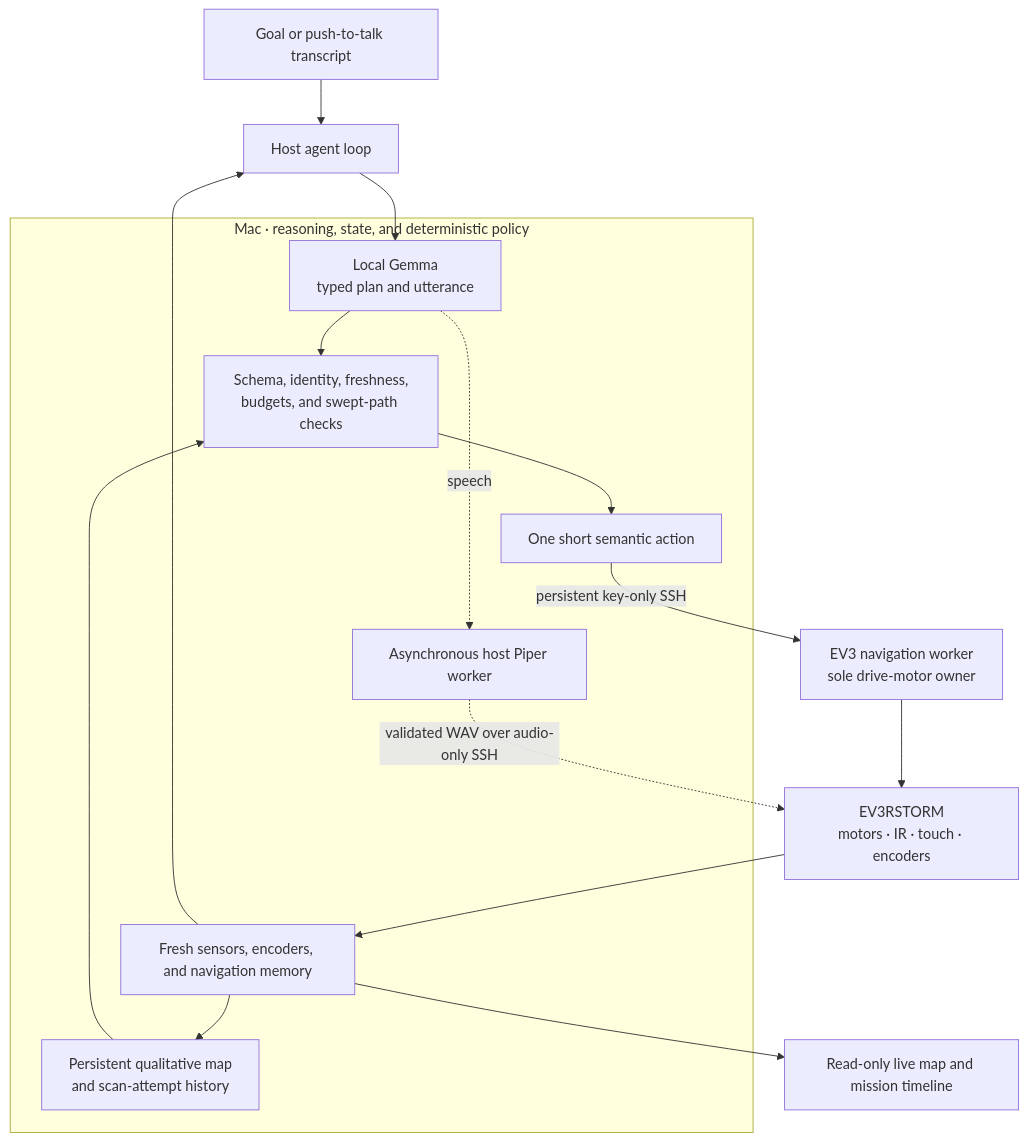
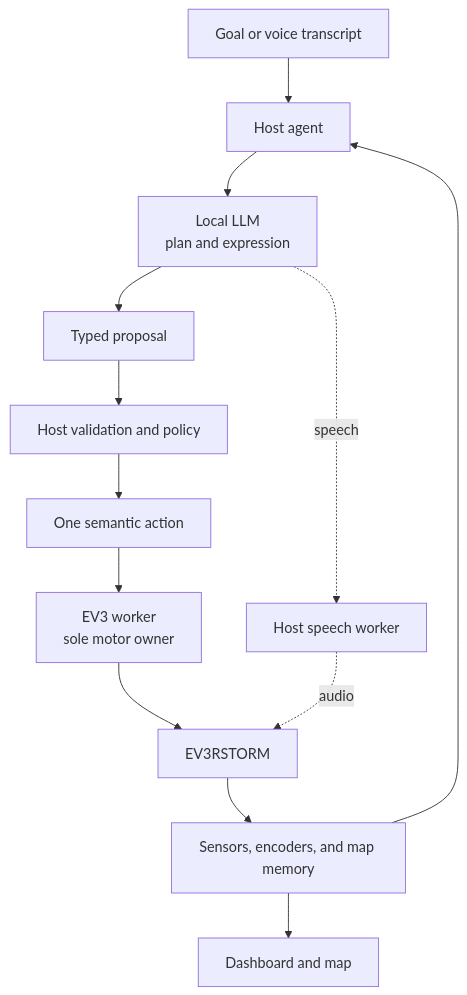
Before and after one commit to Jawbreaker1/robot-llm: the diagram in README.md, drawn with Mermaid. The commit also changed other lines of this file, not shown here.

````diff
--- a/README.md
+++ b/README.md
@@ -96,20 +75,15 @@
 ```mermaid
 flowchart TD
-    U["Goal or push-to-talk transcript"] --> A["Host agent loop"]
-    S["Fresh sensors, encoders, and navigation memory"] --> A
-    A --> L["Local Gemma<br/>typed plan and utterance"]
-
-    subgraph HOST["Mac · reasoning, state, and deterministic policy"]
-        L --> V["Schema, identity, freshness,<br/>budgets, and swept-path checks"]
-        V --> X["One short semantic action"]
-        S --> M["Persistent qualitative map<br/>and scan-attempt history"]
-        M --> V
-        L -. speech .-> T["Asynchronous host Piper worker"]
-    end
-
-    X -->|"persistent key-only SSH"| W["EV3 navigation worker<br/>sole drive-motor owner"]
-    W --> R["EV3RSTORM<br/>motors · IR · touch · encoders"]
+    U["Goal or voice transcript"] --> H["Host agent"]
+    S["Sensors, encoders, and map memory"] --> H
+    H --> L["Local LLM<br/>plan and expression"]
+    L --> V["Typed proposal"]
+    V --> P["Host validation and policy"]
+    P --> A["One semantic action"]
+    A --> W["EV3 worker<br/>sole motor owner"]
+    W --> R["EV3RSTORM"]
     R --> S
-    T -. "validated WAV over audio-only SSH" .-> R
-    S --> D["Read-only live map and mission timeline"]
+    L -. speech .-> T["Host speech worker"]
+    T -. audio .-> R
+    S --> D["Dashboard and map"]
 ```
````
